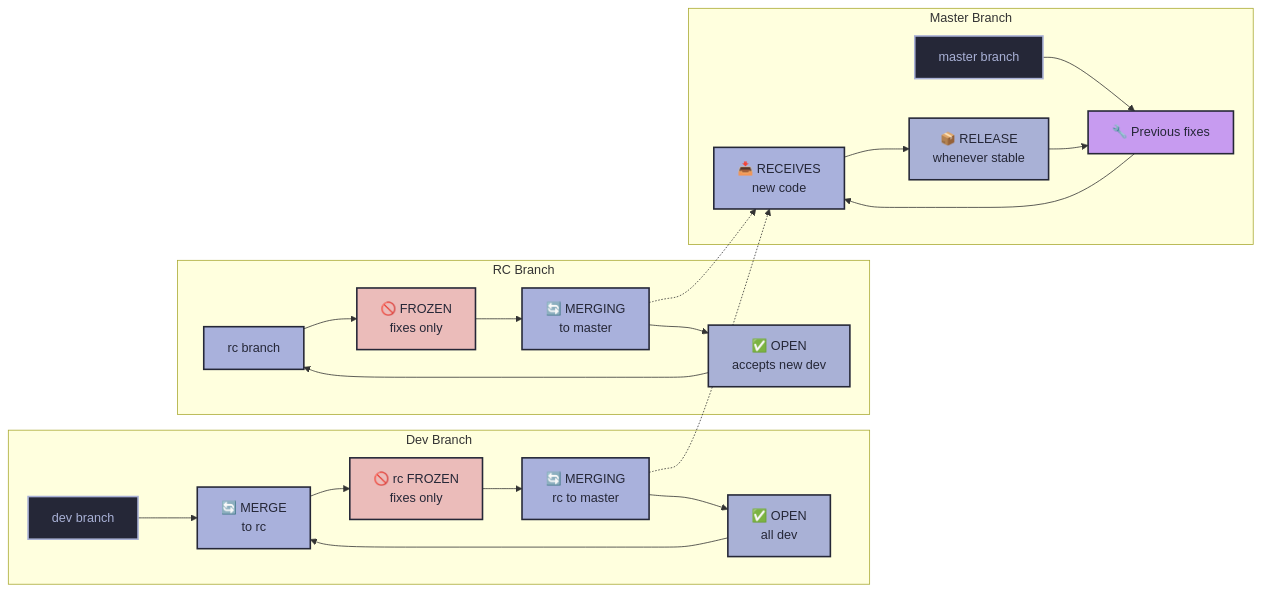
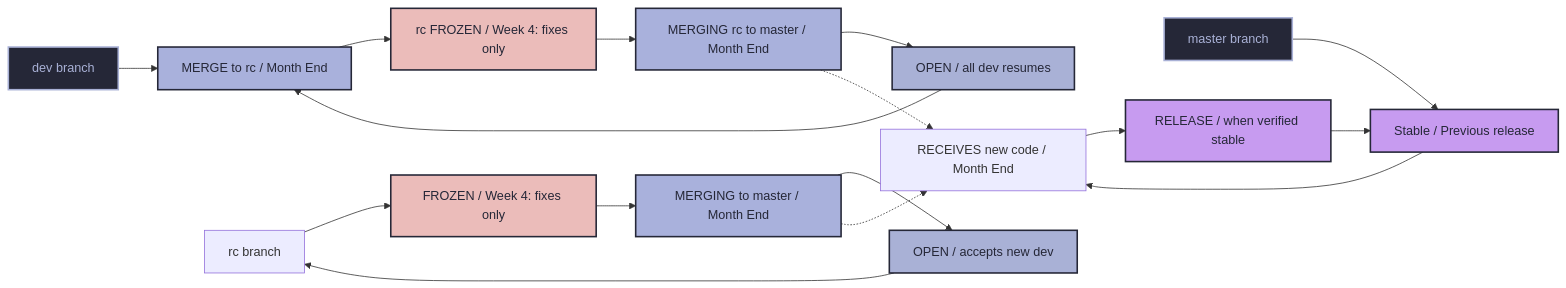
Before and after one commit to zeerayne/HyDE: the second of 3 diagrams in RELEASE_POLICY.md, drawn with Mermaid. The commit also changed other lines of this file, not shown here.

First line of the commit message:
Change release policy to monthly schedule

````diff
--- a/RELEASE_POLICY.md
+++ b/RELEASE_POLICY.md
@@ -100,41 +105,33 @@
 ```mermaid
 graph LR
-    subgraph "Dev Branch"
-        DEV[dev branch] --> RC[🔄 MERGE<br/>to rc]
-        RC --> FROZEN[🚫 rc FROZEN<br/>fixes only]
-        FROZEN --> MERGE[🔄 MERGING<br/>rc to master]
-        MERGE --> OPEN[✅ OPEN<br/>all dev]
-        OPEN --> RC
-    end
-    
-    subgraph "RC Branch"
-        RC2[rc branch] --> FROZEN2[🚫 FROZEN<br/>fixes only]
-        FROZEN2 --> MERGE2[🔄 MERGING<br/>to master]
-        MERGE2 --> OPEN2[✅ OPEN<br/>accepts new dev]
-        OPEN2 --> RC2
-    end
-    
-    subgraph "Master Branch"
-        MASTER[master branch] --> PREV[🔧 Previous fixes]
-        PREV --> RECEIVE[📥 RECEIVES<br/>new code]
-        RECEIVE --> RELEASE[📦 RELEASE<br/>whenever stable]
-        RELEASE --> PREV
-    end
-    
-    MERGE -.-> RECEIVE
+    DEV[dev branch] --> RC_MERGE[MERGE to rc / Month End]
+    RC_MERGE --> RC_FROZEN[rc FROZEN / Week 4: fixes only]
+    RC_FROZEN --> MERGE_MASTER[MERGING rc to master / Month End]
+    MERGE_MASTER --> OPEN[OPEN / all dev resumes]
+    OPEN --> RC_MERGE
+
+    RC2[rc branch] --> FROZEN2[FROZEN / Week 4: fixes only]
+    FROZEN2 --> MERGE2[MERGING to master / Month End]
+    MERGE2 --> OPEN2[OPEN / accepts new dev]
+    OPEN2 --> RC2
+
+    MASTER[master branch] --> STABLE[Stable / Previous release]
+    STABLE --> RECEIVE[RECEIVES new code / Month End]
+    RECEIVE --> RELEASE[RELEASE / when verified stable]
+    RELEASE --> STABLE
+
+    MERGE_MASTER -.-> RECEIVE
     MERGE2 -.-> RECEIVE
-    
-    style DEV fill:#252737,stroke:#a9b1d6,stroke-width:2px,color:#a9b1d6
-    style RC fill:#a9b1dc,stroke:#252737,stroke-width:2px,color:#252737
-    style FROZEN fill:#ebbcba,stroke:#252737,stroke-width:2px,color:#252737
-    style MERGE fill:#a9b1dc,stroke:#252737,stroke-width:2px,color:#252737
-    style OPEN fill:#a9b1d6,stroke:#252737,stroke-width:2px,color:#252737
-    style RC2 fill:#a9b1dc,stroke:#252737,stroke-width:2px,color:#252737
-    style FROZEN2 fill:#ebbcba,stroke:#252737,stroke-width:2px,color:#252737
-    style MERGE2 fill:#a9b1dc,stroke:#252737,stroke-width:2px,color:#252737
-    style OPEN2 fill:#a9b1d6,stroke:#252737,stroke-width:2px,color:#252737
-    style MASTER fill:#252737,stroke:#a9b1d6,stroke-width:2px,color:#a9b1d6
-    style PREV fill:#c79bf0,stroke:#252737,stroke-width:2px,color:#252737
-    style RECEIVE fill:#a9b1dc,stroke:#252737,stroke-width:2px,color:#252737
-    style RELEASE fill:#a9b1d6,stroke:#252737,stroke-width:2px,color:#252737
+
+    classDef dev fill:#a9b1d6,stroke:#252737,stroke-width:2px,color:#252737
+    classDef freeze fill:#ebbcba,stroke:#252737,stroke-width:2px,color:#252737
+    classDef merge fill:#a9b1dc,stroke:#252737,stroke-width:2px,color:#252737
+    classDef stable fill:#c79bf0,stroke:#252737,stroke-width:2px,color:#252737
+    classDef dark fill:#252737,stroke:#a9b1d6,stroke-width:2px,color:#a9b1d6
+
+    class DEV,OPEN,OPEN2 dev
+    class RC_FROZEN,FROZEN2 freeze
+    class RC_MERGE,MERGE_MASTER,MERGE2 merge
+    class STABLE,RELEASE stable
+    class MASTER,DEV dark
 ```
````
